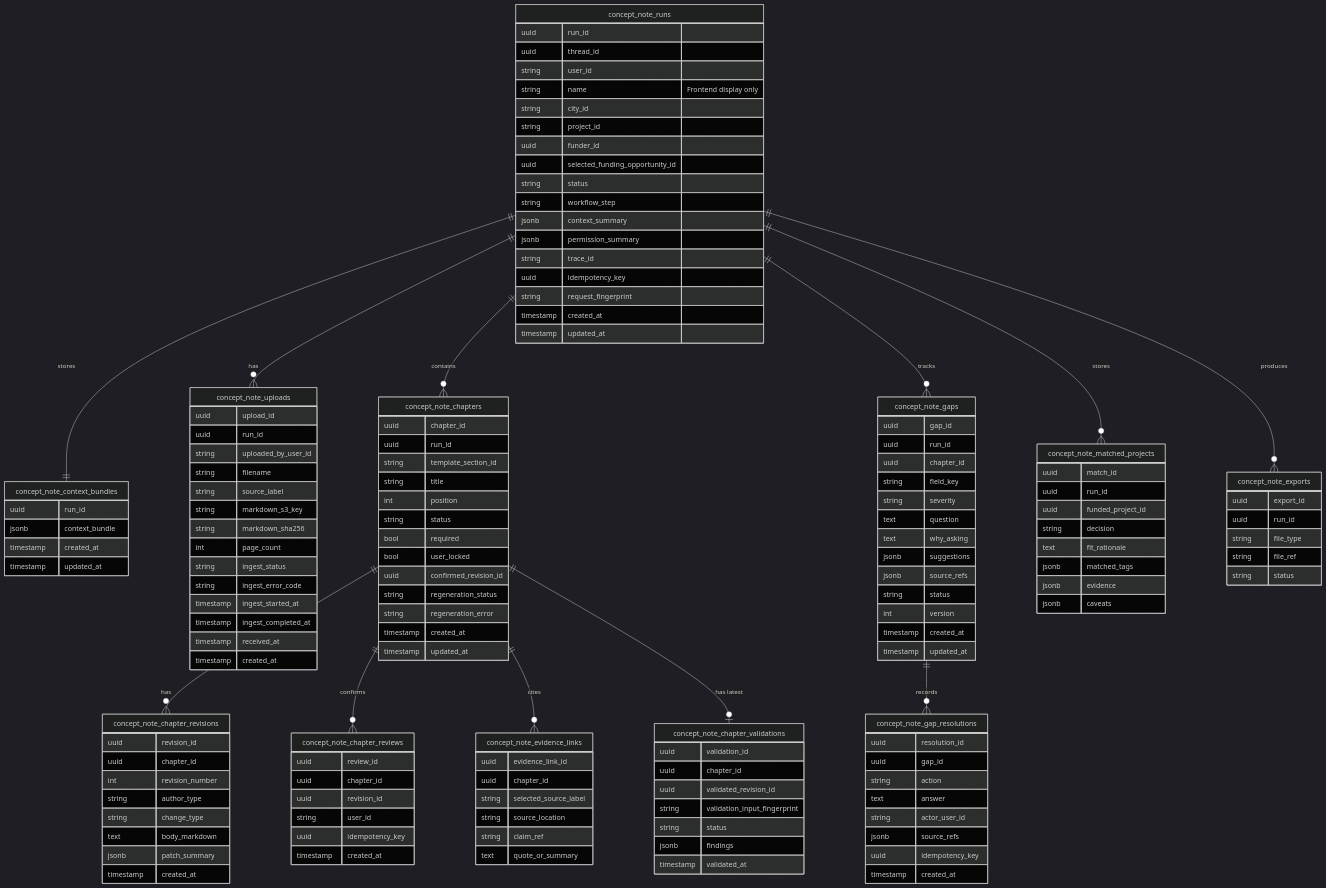
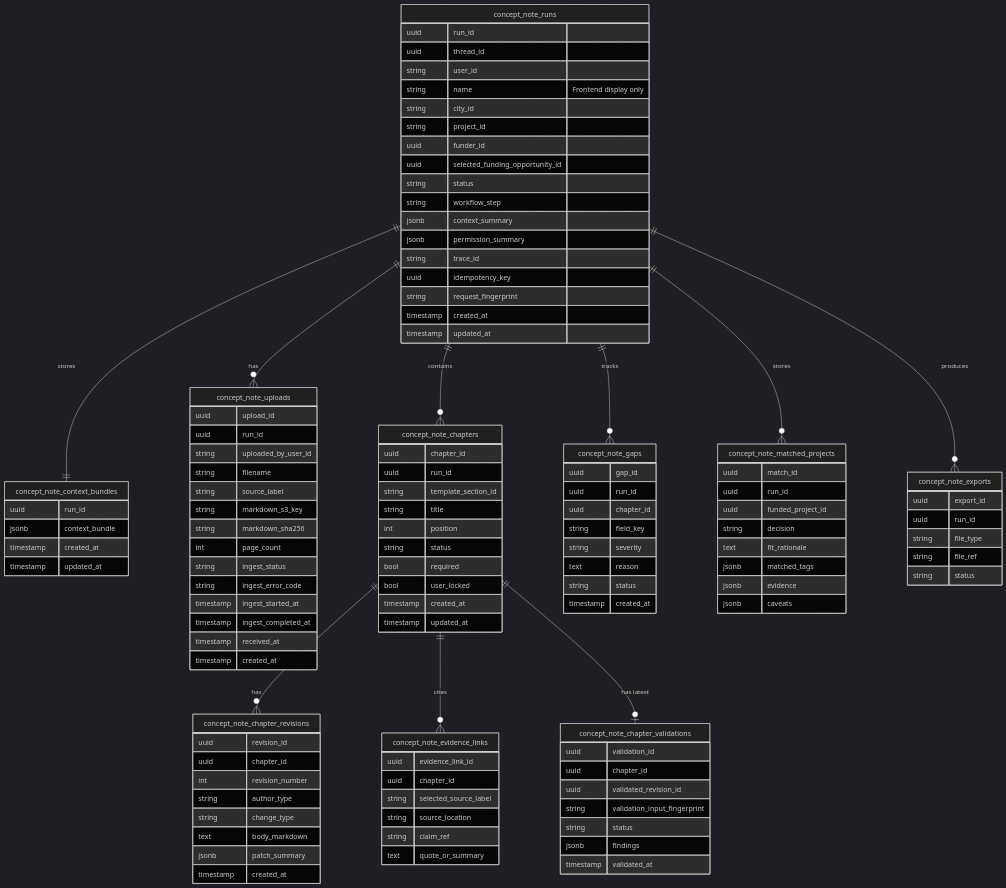
Before and after one commit to Open-Earth-Foundation/CityCatalyst: the sixth of 14 diagrams in docs/ConceptNoteBuilderArchitecture.md, drawn with Mermaid (dark theme). The commit also changed other lines of this file and 32 other files, not shown here.

```diff
--- a/docs/ConceptNoteBuilderArchitecture.md
+++ b/docs/ConceptNoteBuilderArchitecture.md
@@ -894,9 +888,7 @@
     concept_note_runs ||--o{ concept_note_matched_projects : "stores"
     concept_note_runs ||--o{ concept_note_exports : "produces"
     concept_note_chapters ||--o{ concept_note_chapter_revisions : "has"
-    concept_note_chapters ||--o{ concept_note_chapter_reviews : "confirms"
     concept_note_chapters ||--o{ concept_note_evidence_links : "cites"
-    concept_note_gaps ||--o{ concept_note_gap_resolutions : "records"
     concept_note_chapters ||--o| concept_note_chapter_validations : "has latest"
 
     concept_note_runs {
@@ -949,14 +941,9 @@
         uuid chapter_id
         string field_key
         string severity
-        text question
-        text why_asking
-        jsonb suggestions
-        jsonb source_refs
+        text reason
         string status
-        int version
         timestamp created_at
-        timestamp updated_at
     }
 
     concept_note_chapters {
@@ -968,9 +955,6 @@
         string status
         bool required
         bool user_locked
-        uuid confirmed_revision_id
-        string regeneration_status
-        string regeneration_error
         timestamp created_at
         timestamp updated_at
     }
@@ -983,26 +967,6 @@
         string change_type
         text body_markdown
         jsonb patch_summary
-        timestamp created_at
-    }
-
-    concept_note_gap_resolutions {
-        uuid resolution_id
-        uuid gap_id
-        string action
-        text answer
-        string actor_user_id
-        jsonb source_refs
-        uuid idempotency_key
-        timestamp created_at
-    }
-
-    concept_note_chapter_reviews {
-        uuid review_id
-        uuid chapter_id
-        uuid revision_id
-        string user_id
-        uuid idempotency_key
         timestamp created_at
     }
 
```
